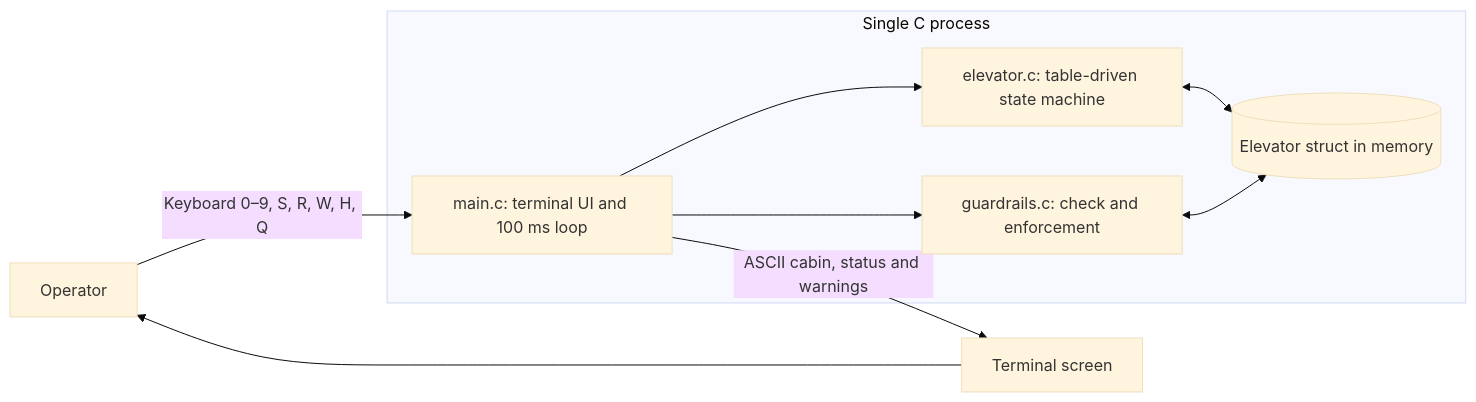
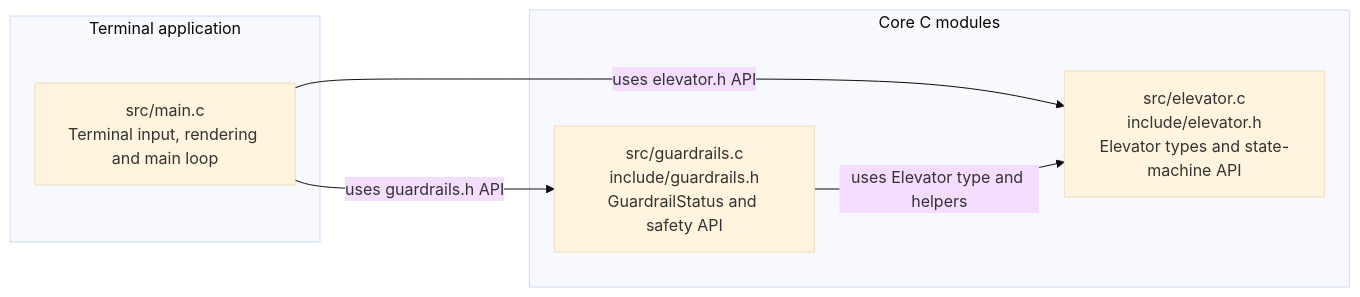
One commit to miroslawstaron/elevator_runtime_guardrail_simple changed the first of 3 diagrams in docs/evolution/01-before.md. Above: the diagram before and after it, drawn with Mermaid (base theme). The commit also changed 196 other files, not shown here.

````diff
--- a/docs/evolution/01-before.md
+++ b/docs/evolution/01-before.md
@@ -7,16 +7,13 @@
 ```mermaid
 flowchart LR
-    User[Operator] -->|Keyboard 0–9, S, R, W, H, Q| Main
-    subgraph Process[Single C process]
-        Main[main.c: terminal UI and 100 ms loop]
-        Core[elevator.c: table-driven state machine]
-        Guards[guardrails.c: check and enforcement]
-        State[(Elevator struct in memory)]
-        Main --> Core
-        Main --> Guards
-        Core <--> State
-        Guards <--> State
+    subgraph Entry[Terminal application]
+        Main["src/main.c<br/>Terminal input, rendering and main loop"]
     end
-    Main -->|ASCII cabin, status and warnings| Terminal[Terminal screen]
-    Terminal --> User
+    subgraph Modules[Core C modules]
+        Elevator["src/elevator.c<br/>include/elevator.h<br/>Elevator types and state-machine API"]
+        Guard["src/guardrails.c<br/>include/guardrails.h<br/>GuardrailStatus and safety API"]
+    end
+    Main -->|uses elevator.h API| Elevator
+    Main -->|uses guardrails.h API| Guard
+    Guard -->|uses Elevator type and helpers| Elevator
 ```
````
